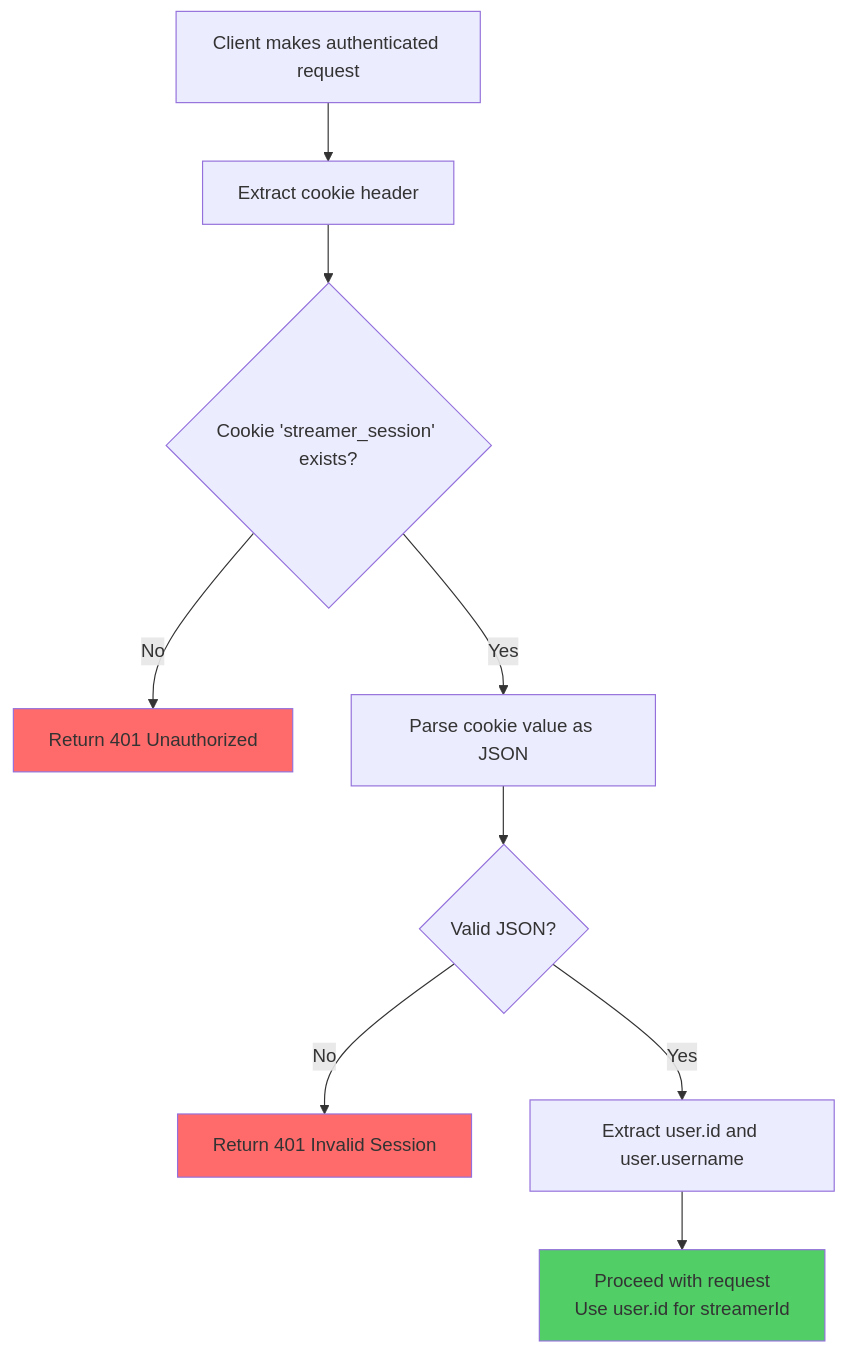
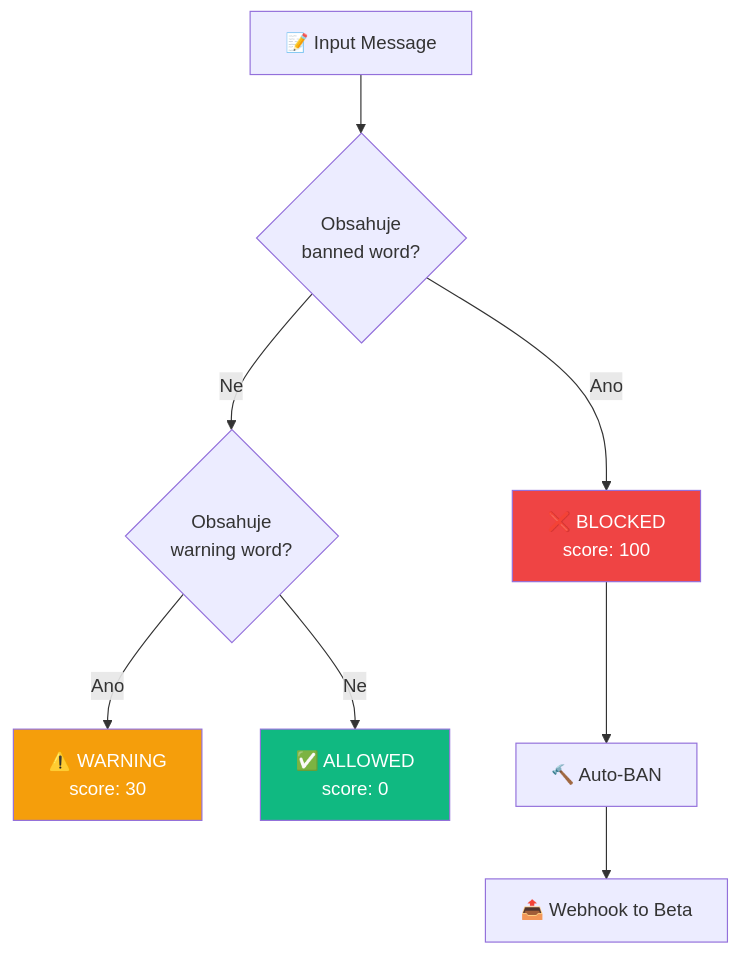
One commit to RobiNZajicek/CrossChat changed the third of 6 diagrams in DOCUMENTATION.md. Above: the diagram before and after it, drawn with Mermaid. The commit also changed other lines of this file and 28 other files, not shown here.

````diff
--- a/DOCUMENTATION.md
+++ b/DOCUMENTATION.md
@@ -1314,18 +193,15 @@
 ```mermaid
-flowchart TD
-    A[Client makes authenticated request] --> B[Extract cookie header]
-    B --> C{Cookie 'streamer_session' exists?}
+graph TD
+    A[📝 Input Message] --> B{Obsahuje<br/>banned word?}
+    B -->|Ano| C[❌ BLOCKED<br/>score: 100]
+    B -->|Ne| D{Obsahuje<br/>warning word?}
+    D -->|Ano| E[⚠️ WARNING<br/>score: 30]
+    D -->|Ne| F[✅ ALLOWED<br/>score: 0]
     
-    C -->|No| D[Return 401 Unauthorized]
-    C -->|Yes| E[Parse cookie value as JSON]
+    C --> G[🔨 Auto-BAN]
+    G --> H[📤 Webhook to Beta]
     
-    E --> F{Valid JSON?}
-    F -->|No| G[Return 401 Invalid Session]
-    F -->|Yes| H[Extract user.id and user.username]
-    
-    H --> I[Proceed with request<br/>Use user.id for streamerId]
-    
-    style D fill:#ff6b6b
-    style G fill:#ff6b6b
-    style I fill:#51cf66
+    style C fill:#ef4444,color:#fff
+    style E fill:#f59e0b,color:#fff
+    style F fill:#10b981,color:#fff
 ```
````
